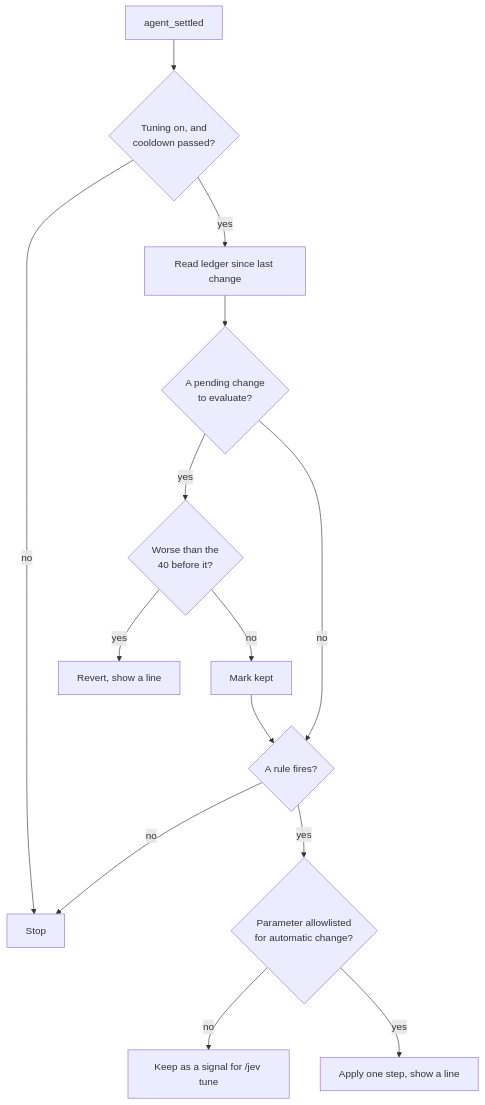
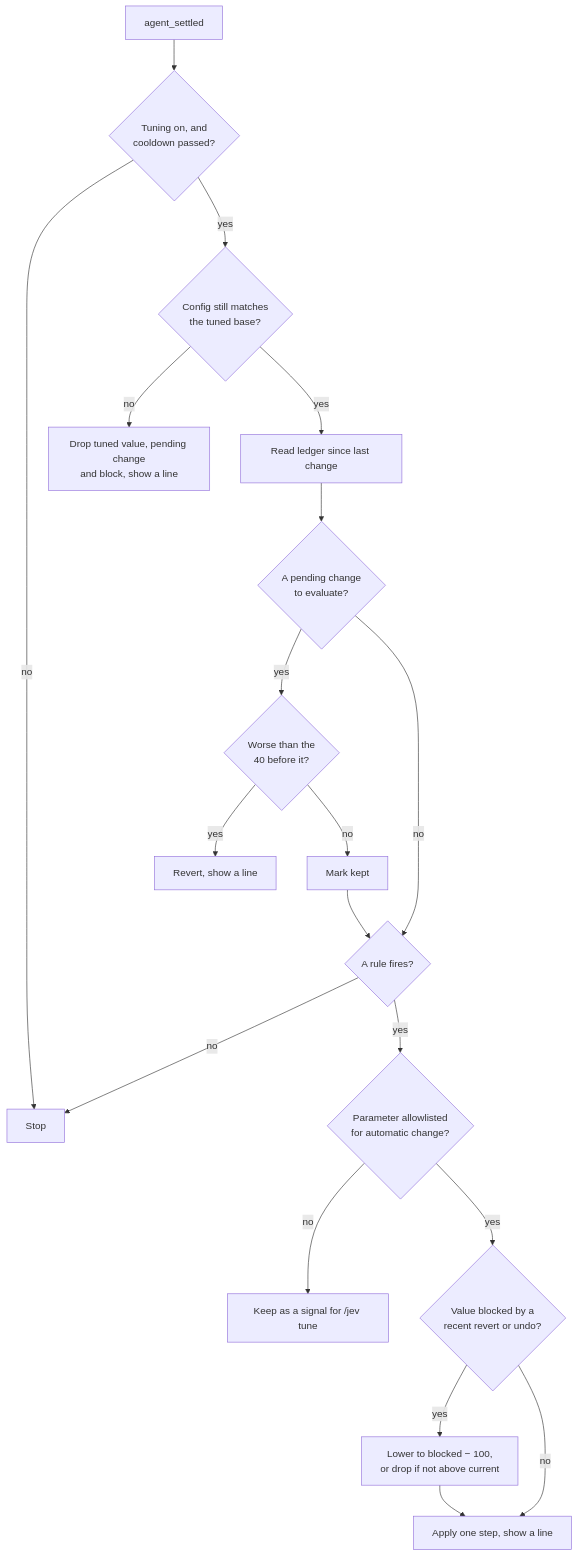
The fourth of 5 diagrams in docs/workflow.md (ttdua/pi-jev-pilot), drawn with Mermaid before and after one commit. The commit also changed 4 other files, not shown here.

````diff
--- a/docs/workflow.md
+++ b/docs/workflow.md
@@ -145,16 +145,21 @@
 ```mermaid
 flowchart TD
     A["agent_settled"] --> B{"Tuning on, and<br/>cooldown passed?"}
     B -- no --> Z["Stop"]
-    B -- yes --> C["Read ledger since last change"]
+    B -- yes --> B2{"Config still matches<br/>the tuned base?"}
+    B2 -- no --> B3["Drop tuned value, pending change<br/>and block, show a line"]
+    B2 -- yes --> C["Read ledger since last change"]
     C --> D{"A pending change<br/>to evaluate?"}
     D -- yes --> E{"Worse than the<br/>40 before it?"}
     E -- yes --> F["Revert, show a line"]
     E -- no --> G["Mark kept"]
     D -- no --> H{"A rule fires?"}
     G --> H
     H -- no --> Z
     H -- yes --> I{"Parameter allowlisted<br/>for automatic change?"}
     I -- no --> J["Keep as a signal for /jev tune"]
-    I -- yes --> K["Apply one step, show a line"]
+    I -- yes --> L{"Value blocked by a<br/>recent revert or undo?"}
+    L -- yes --> M["Lower to blocked − 100,<br/>or drop if not above current"]
+    L -- no --> K["Apply one step, show a line"]
+    M --> K
 ```
````
